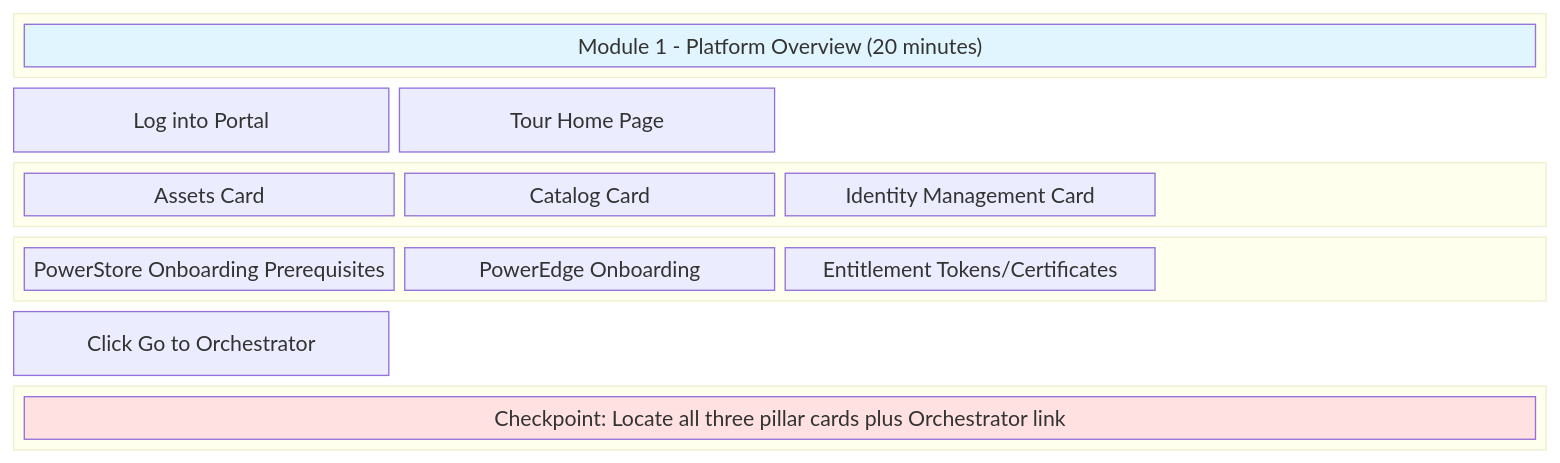
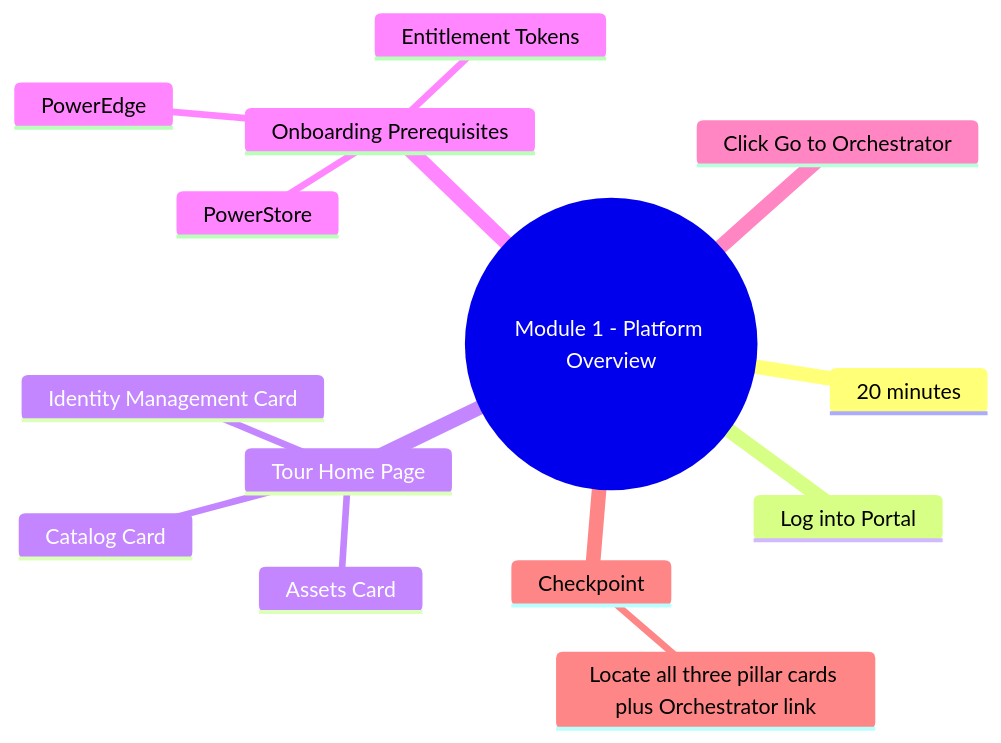
Before and after one commit to tme-tech-ops/take-it-for-a-spin-partner-training: the diagram in docs/Instructor_Screen_Flow/slide_02_module1_platform_overview.mmd, drawn with Mermaid. The commit also changed 9 other files, not shown here.

First line of the commit message:
Convert diagrams to mindmap format with minimal boxes

```diff
--- a/docs/Instructor_Screen_Flow/slide_02_module1_platform_overview.mmd
+++ b/docs/Instructor_Screen_Flow/slide_02_module1_platform_overview.mmd
@@ -1,34 +1,15 @@
-block-beta
-    columns 4
-    
-    block:header:4
-        A["Module 1 - Platform Overview (20 minutes)"]
-    end
-    
-    B["Log into Portal"]
-    C["Tour Home Page"]
-    space:2
-    
-    block:cards:4
-        D["Assets Card"]
-        E["Catalog Card"]
-        F["Identity Management Card"]
-        space
-    end
-    
-    block:prereqs:4
-        G["PowerStore Onboarding Prerequisites"]
-        H["PowerEdge Onboarding"]
-        I["Entitlement Tokens/Certificates"]
-        space
-    end
-    
-    J["Click Go to Orchestrator"]
-    space:3
-    
-    block:checkpoint:4
-        K["Checkpoint: Locate all three pillar cards plus Orchestrator link"]
-    end
-
-    style A fill:#e1f5ff
-    style K fill:#ffe1e1
+mindmap
+  root((Module 1 - Platform Overview))
+    20 minutes
+    Log into Portal
+    Tour Home Page
+      Assets Card
+      Catalog Card
+      Identity Management Card
+    Onboarding Prerequisites
+      PowerStore
+      PowerEdge
+      Entitlement Tokens
+    Click Go to Orchestrator
+    Checkpoint
+      Locate all three pillar cards plus Orchestrator link
```
